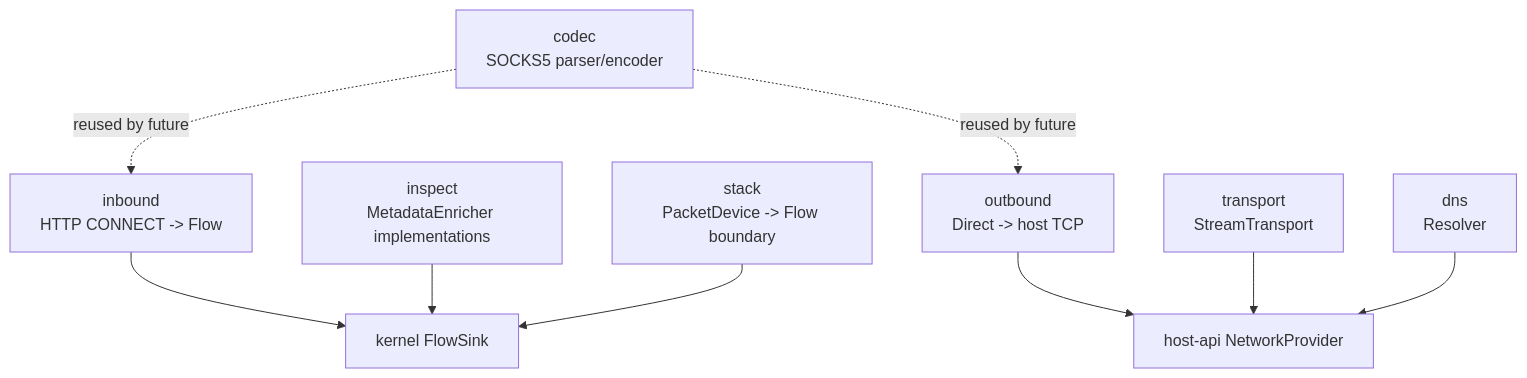
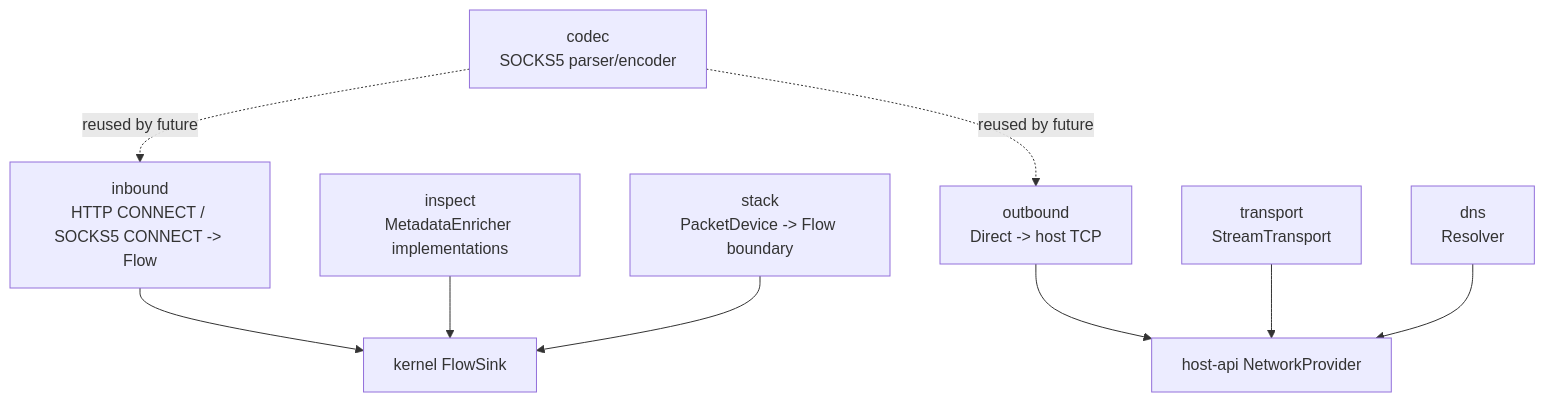
One commit to loafman1120/RustBox changed the seventh of 9 diagrams in docs/current-architecture.md. Above: the diagram before and after it, drawn with Mermaid. The commit also changed other lines of this file and 36 other files, not shown here.

Commit message:
Align app CLI with config architecture

````diff
--- a/docs/current-architecture.md
+++ b/docs/current-architecture.md
@@ -351,19 +382,19 @@
 ```mermaid
 flowchart TB
     CODEC["codec\nSOCKS5 parser/encoder"]
-    INBOUND["inbound\nHTTP CONNECT -> Flow"]
+    INBOUND["inbound\nHTTP CONNECT / SOCKS5 CONNECT -> Flow"]
     OUTBOUND["outbound\nDirect -> host TCP"]
     TRANSPORT["transport\nStreamTransport"]
     DNS["dns\nResolver"]
     INSPECT["inspect\nMetadataEnricher implementations"]
     STACK["stack\nPacketDevice -> Flow boundary"]
 
     CODEC -. reused by future .-> INBOUND
     CODEC -. reused by future .-> OUTBOUND
     INBOUND --> KERNEL["kernel FlowSink"]
     OUTBOUND --> HOST["host-api NetworkProvider"]
     TRANSPORT --> HOST
     DNS --> HOST
     INSPECT --> KERNEL
     STACK --> KERNEL
 ```
````
